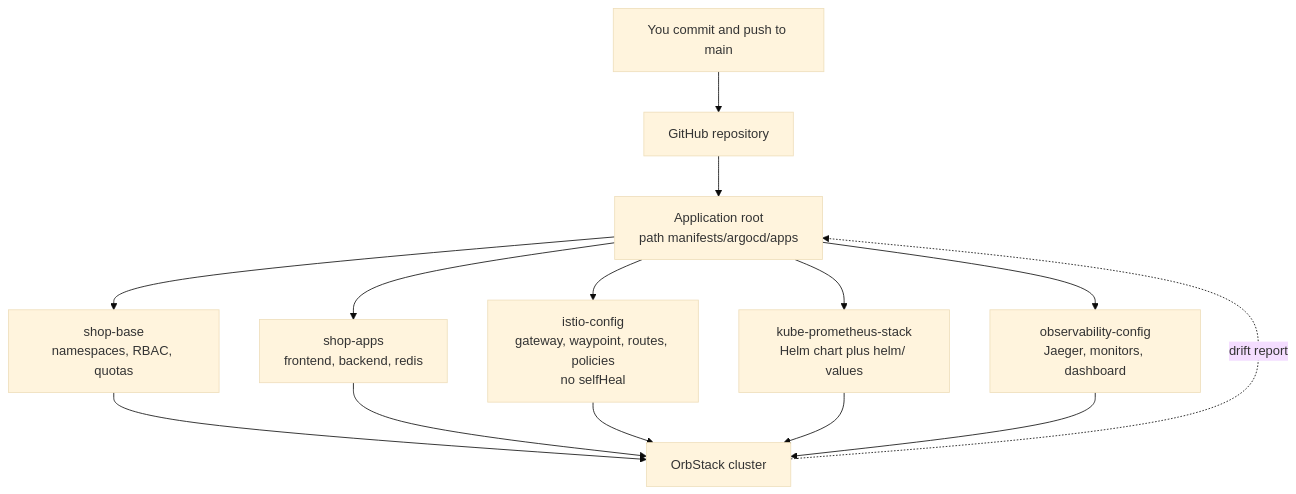
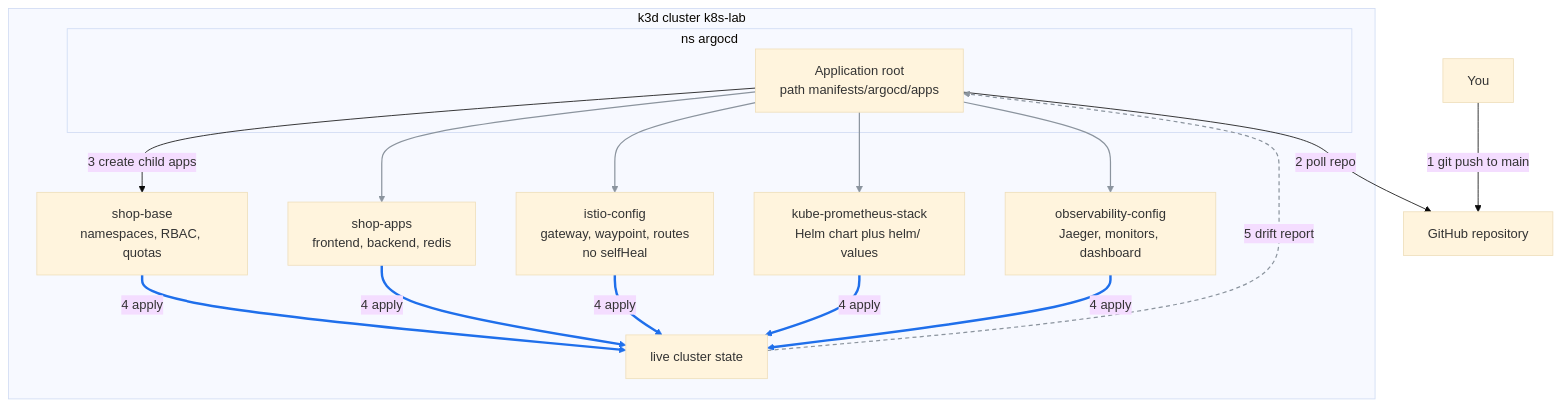
Before and after one commit to miekuskamil/k8s_lab_macos: the second of 2 diagrams in architecture.md, drawn with Mermaid (base theme). The commit also changed other lines of this file and 5 other files, not shown here.

First line of the commit message:
Redraw diagrams for k3d on OrbStack and add SVG and Excalidraw copies

````diff
--- a/architecture.md
+++ b/architecture.md
@@ -185,16 +207,33 @@
 ```mermaid
 flowchart TD
-  dev["You commit and push to main"] --> repo["GitHub repository"]
-  repo --> root["Application root<br/>path manifests/argocd/apps"]
-  root --> base["shop-base<br/>namespaces, RBAC, quotas"]
-  root --> apps["shop-apps<br/>frontend, backend, redis"]
-  root --> istio["istio-config<br/>gateway, waypoint, routes, policies<br/>no selfHeal"]
-  root --> kps["kube-prometheus-stack<br/>Helm chart plus helm/ values"]
-  root --> obs["observability-config<br/>Jaeger, monitors, dashboard"]
-  base --> cluster["OrbStack cluster"]
-  apps --> cluster
-  istio --> cluster
-  kps --> cluster
-  obs --> cluster
-  cluster -.->|"drift report"| root
+  dev["You"] -->|"1 git push to main"| repo["GitHub repository"]
+
+  subgraph k3d["k3d cluster k8s-lab"]
+    subgraph argocd["ns argocd"]
+      root["Application root<br/>path manifests/argocd/apps"]
+    end
+    base["shop-base<br/>namespaces, RBAC, quotas"]
+    apps["shop-apps<br/>frontend, backend, redis"]
+    istio["istio-config<br/>gateway, waypoint, routes<br/>no selfHeal"]
+    kps["kube-prometheus-stack<br/>Helm chart plus helm/ values"]
+    obs["observability-config<br/>Jaeger, monitors, dashboard"]
+    live["live cluster state"]
+  end
+
+  root -->|"2 poll repo"| repo
+  root -->|"3 create child apps"| base
+  root --> apps
+  root --> istio
+  root --> kps
+  root --> obs
+  base -->|"4 apply"| live
+  apps -->|"4 apply"| live
+  istio -->|"4 apply"| live
+  kps -->|"4 apply"| live
+  obs -->|"4 apply"| live
+  live -.->|"5 drift report"| root
+
+  linkStyle 3,4,5,6 stroke:#8b949e,stroke-width:1.5px
+  linkStyle 7,8,9,10,11 stroke:#1f6feb,stroke-width:3px
+  linkStyle 12 stroke:#8b949e,stroke-width:1.5px,stroke-dasharray:5 4
 ```
````
